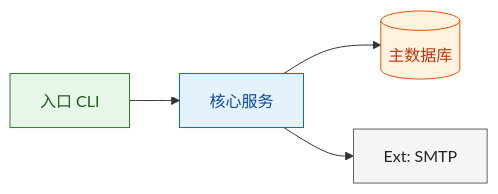
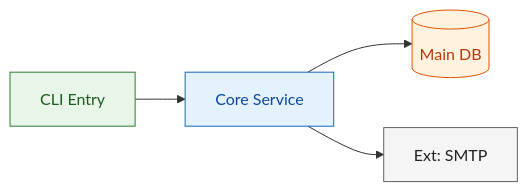
Before and after one commit to Vsoapmac/architecture-review-design-skills: the first of 7 diagrams in architecture-review-design_zh/references/mermaid-spec.md, drawn with Mermaid. The commit also changed other lines of this file and 28 other files, not shown here.

Commit message:
✨ 视图体系改为五类必需视图（泳道图按需），产物支持双语与图形缩放，新增视图门禁

````diff
--- a/architecture-review-design_zh/references/mermaid-spec.md
+++ b/architecture-review-design_zh/references/mermaid-spec.md
@@ -31,16 +121,16 @@
 ```mermaid
 flowchart LR
     classDef entry fill:#e8f5e9,stroke:#2e7d32,color:#1b5e20
     classDef service fill:#e3f2fd,stroke:#1565c0,color:#0d47a1
     classDef data fill:#fff3e0,stroke:#e65100,color:#bf360c
     classDef external fill:#f5f5f5,stroke:#616161,color:#212121
 
-    entry_cli[入口 CLI]:::entry
-    svc_core[核心服务]:::service
-    db_main[(主数据库)]:::data
+    entry_cli[CLI Entry]:::entry
+    svc_core[Core Service]:::service
+    db_main[(Main DB)]:::data
     ext_smtp[Ext: SMTP]:::external
 
     entry_cli --> svc_core
     svc_core --> db_main
     svc_core --> ext_smtp
 ```
````
